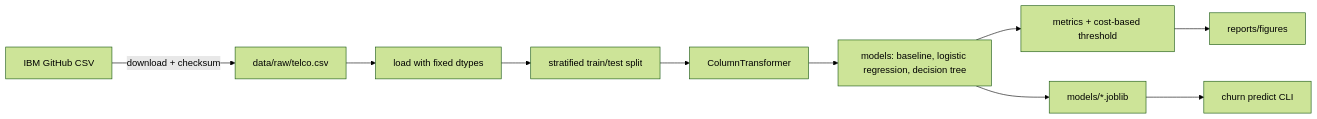
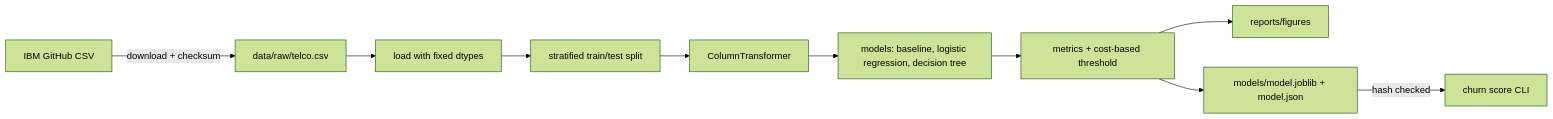
Before and after one commit to AnoushahWasif/customer-churn-prediction: the diagram in docs/ARCHITECTURE.md, drawn with Mermaid (forest theme). The commit also changed other lines of this file and 1 other file, not shown here.

Commit message:
docs: final readme and architecture matching the shipped cli (#10)

````diff
--- a/docs/ARCHITECTURE.md
+++ b/docs/ARCHITECTURE.md
@@ -20,12 +22,12 @@
 ```mermaid
 flowchart LR
     A[IBM GitHub CSV] -->|download + checksum| B[data/raw/telco.csv]
     B --> C[load with fixed dtypes]
     C --> D[stratified train/test split]
     D --> E[ColumnTransformer]
     E --> F[models: baseline, logistic regression, decision tree]
     F --> G[metrics + cost-based threshold]
     G --> H[reports/figures]
-    F --> I[models/*.joblib]
-    I --> J[churn predict CLI]
+    G --> I[models/model.joblib + model.json]
+    I -->|hash checked| J[churn score CLI]
 ```
````
